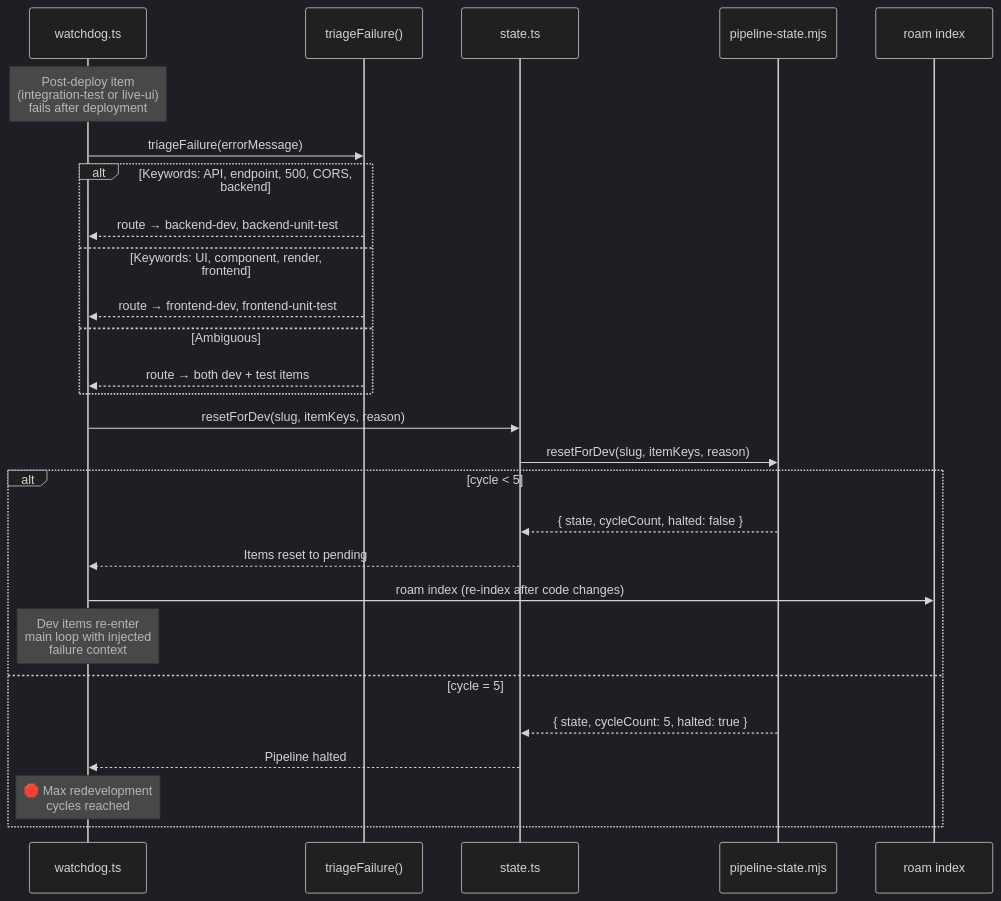
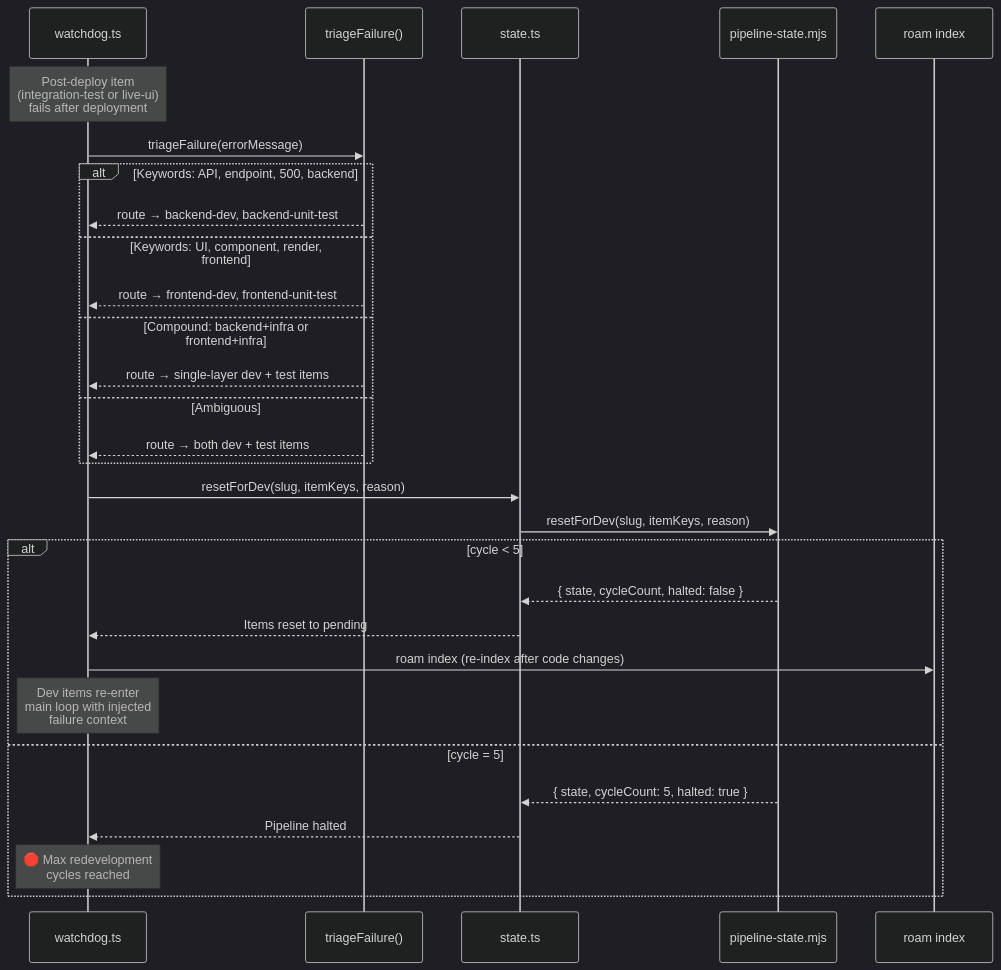
Before and after one commit to rkaliupin/DAGent: the fourth of 7 diagrams in tools/autonomous-factory/docs/04-state-machine.md, drawn with Mermaid (dark theme). The commit also changed other lines of this file and 65 other files, not shown here.

````diff
--- a/tools/autonomous-factory/docs/04-state-machine.md
+++ b/tools/autonomous-factory/docs/04-state-machine.md
@@ -164,34 +165,36 @@
 ```mermaid
 sequenceDiagram
     participant W as watchdog.ts
     participant TF as triageFailure()
     participant S as state.ts
     participant PS as pipeline-state.mjs
     participant R as roam index
 
     Note over W: Post-deploy item<br/>(integration-test or live-ui)<br/>fails after deployment
 
     W->>TF: triageFailure(errorMessage)
 
-    alt Keywords: API, endpoint, 500, CORS, backend
+    alt Keywords: API, endpoint, 500, backend
         TF-->>W: route → backend-dev, backend-unit-test
     else Keywords: UI, component, render, frontend
         TF-->>W: route → frontend-dev, frontend-unit-test
+    else Compound: backend+infra or frontend+infra
+        TF-->>W: route → single-layer dev + test items
     else Ambiguous
         TF-->>W: route → both dev + test items
     end
 
     W->>S: resetForDev(slug, itemKeys, reason)
     S->>PS: resetForDev(slug, itemKeys, reason)
 
     alt cycle < 5
         PS-->>S: { state, cycleCount, halted: false }
         S-->>W: Items reset to pending
         W->>R: roam index (re-index after code changes)
         Note over W: Dev items re-enter<br/>main loop with injected<br/>failure context
     else cycle = 5
         PS-->>S: { state, cycleCount: 5, halted: true }
         S-->>W: Pipeline halted
         Note over W: 🛑 Max redevelopment<br/>cycles reached
     end
 ```
````
